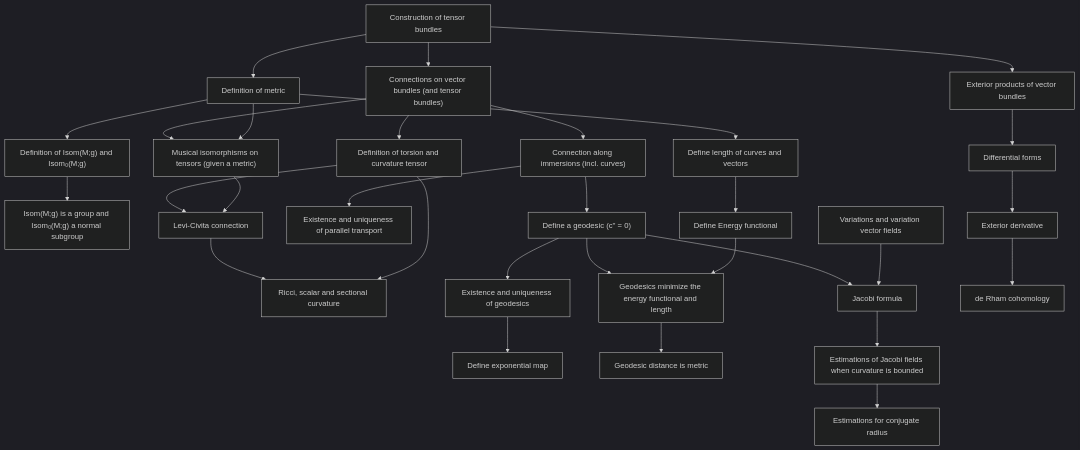
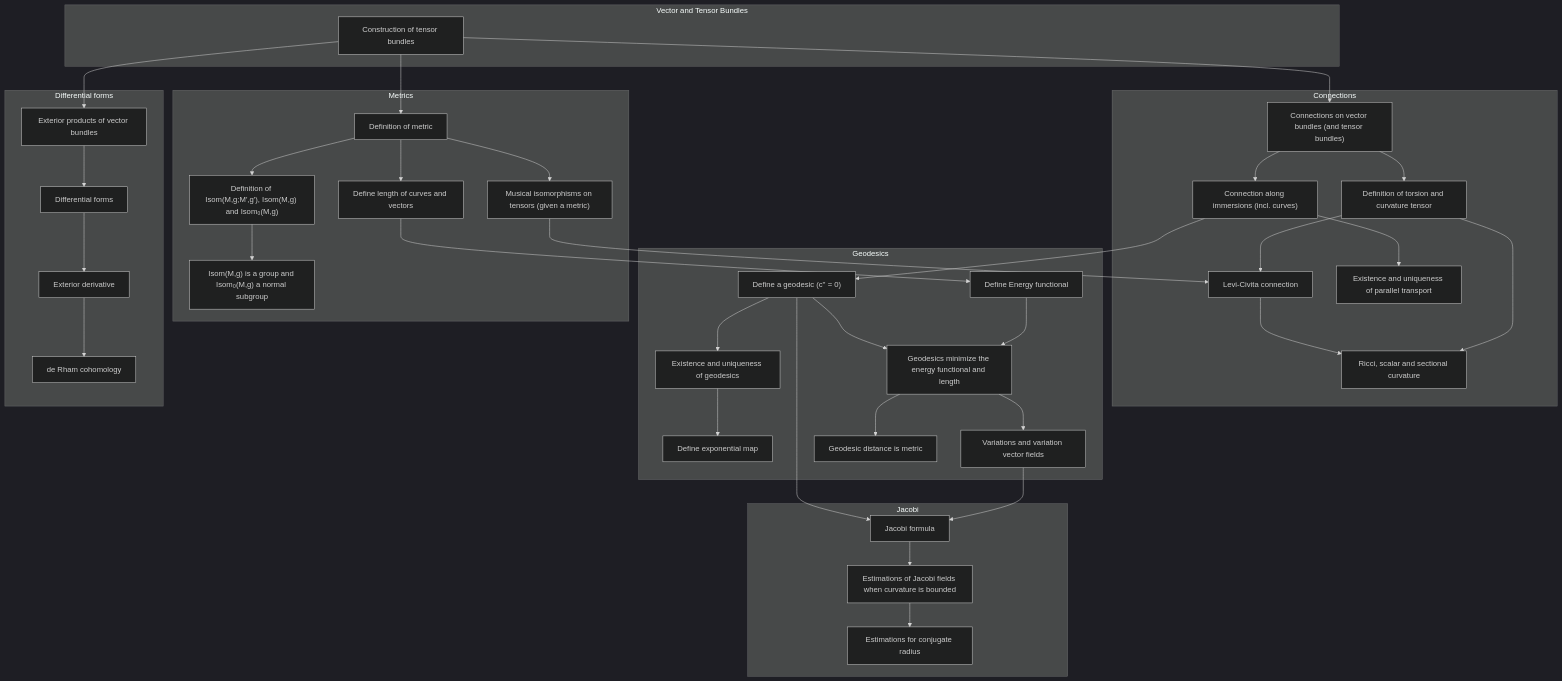
The diagram in differentialGeometry/gapAnalysis.md (jkanschik/learning-lean), drawn with Mermaid (dark theme) before and after one commit.

Commit message:
Organise with subgraphs

````diff
--- a/differentialGeometry/gapAnalysis.md
+++ b/differentialGeometry/gapAnalysis.md
@@ -112,55 +112,77 @@
 ```mermaid
 graph TD;
-    T1["Construction of tensor bundles"]
-    T2["Definition of metric"]
-    T3["Define length of curves and vectors"]
-    T4["Definition of Isom(M;g) and Isom₀(M;g)"]
-    T5["Isom(M;g) is a group and Isom₀(M;g) a normal subgroup"]
 
-    T1-->T2-->T3
-    T2-->T4-->T5
+    subgraph "Vector and Tensor Bundles"
+        T1["Construction of tensor bundles"]
+    end
 
-    T10["Connections on vector bundles (and tensor bundles)"]
-    T11["Definition of torsion and curvature tensor"]
-    T12["Musical isomorphisms on tensors (given a metric)"]
-    T13["Levi-Civita connection"]
-    T14["Ricci, scalar and sectional curvature"]
-    T15["Connection along immersions (incl. curves)"]
-    T16["Existence and uniqueness of parallel transport"]
+    subgraph "Metrics"
+        T2["Definition of metric"]
+        T3["Define length of curves and vectors"]
+        T12["Musical isomorphisms on tensors (given a metric)"]
+        T4["Definition of Isom(M,g;M',g'), Isom(M,g) and Isom₀(M,g)"]
+        T5["Isom(M,g) is a group and Isom₀(M,g) a normal subgroup"]
 
-    T1-->T10-->T11-->T13
-    T10-->T12
-    T2-->T12
-    T12-->T13-->T14
-    T11-->T14
-    T10-->T15-->T16
+        T2-->T3
+        T2-->T12
+        T2-->T4-->T5
+    end
 
-    T30["Define a geodesic (c'' = 0)"]
-    T31["Existence and uniqueness of geodesics"]
-    T32["Define exponential map"]
-    T33["Define Energy functional"]
-    T34["Geodesics minimize the energy functional and length"]
-    T35["Geodesic distance is metric"]
+    T1-->T2
 
-    T15-->T30
-    T30-->T31-->T32
-    T30-->T34
-    T3-->T33-->T34-->T35
+    subgraph "Connections"
+        T10["Connections on vector bundles (and tensor bundles)"]
+        T11["Definition of torsion and curvature tensor"]
+        T13["Levi-Civita connection"]
+        T14["Ricci, scalar and sectional curvature"]
+        T15["Connection along immersions (incl. curves)"]
+        T16["Existence and uniqueness of parallel transport"]
 
-    T40["Variations and variation vector fields"]
-    T41["Jacobi formula"]
-    T42["Estimations of Jacobi fields when curvature is bounded"]
-    T43["Estimations for conjugate radius"]
+        T10-->T11-->T13-->T14
+        T11-->T14
+        T10-->T15-->T16
+    end
 
-    T30-->T41
-    T40-->T41-->T42-->T43
+    T1-->T10
+    T12-->T13
 
-    T50["Exterior products of vector bundles"]
-    T51["Differential forms"]
-    T52["Exterior derivative"]
-    T53["de Rham cohomology"]
+    subgraph "Geodesics"
+        T30["Define a geodesic (c'' = 0)"]
+        T31["Existence and uniqueness of geodesics"]
+        T32["Define exponential map"]
+        T33["Define Energy functional"]
+        T40["Variations and variation vector fields"]
+        T34["Geodesics minimize the energy functional and length"]
+        T35["Geodesic distance is metric"]
 
-    T1-->T50-->T51-->T52-->T53
+        T15-->T30
+        T3-->T33
+
+        T30-->T31-->T32
+        T30-->T34-->T40
+        T33-->T34-->T35
+    end
+
+    subgraph "Jacobi"
+        T41["Jacobi formula"]
+        T42["Estimations of Jacobi fields when curvature is bounded"]
+        T43["Estimations for conjugate radius"]
+
+        T30-->T41
+        T40-->T41-->T42-->T43
+    end
+
+    subgraph "Differential forms"
+        T50["Exterior products of vector bundles"]
+        T51["Differential forms"]
+        T52["Exterior derivative"]
+        T53["de Rham cohomology"]
+
+
+        T1-->T50
+        T50-->T51-->T52-->T53
+    end
+
 
 
 ```
````
